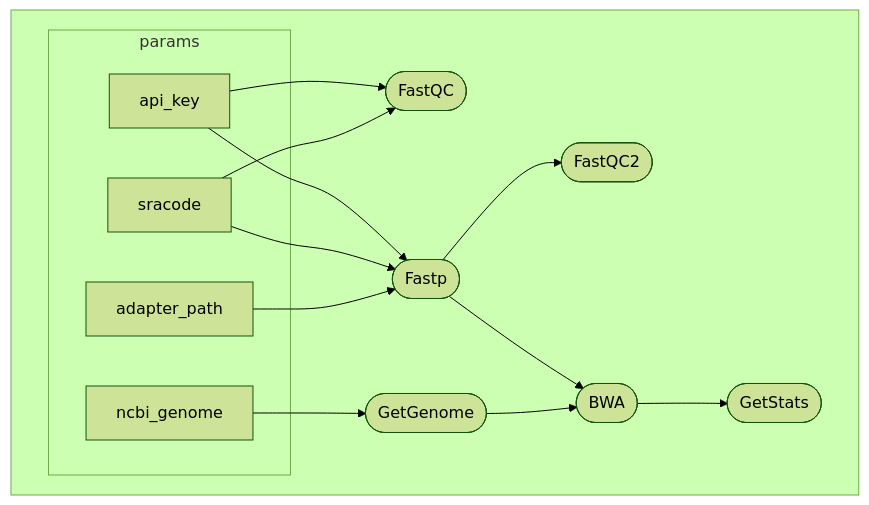
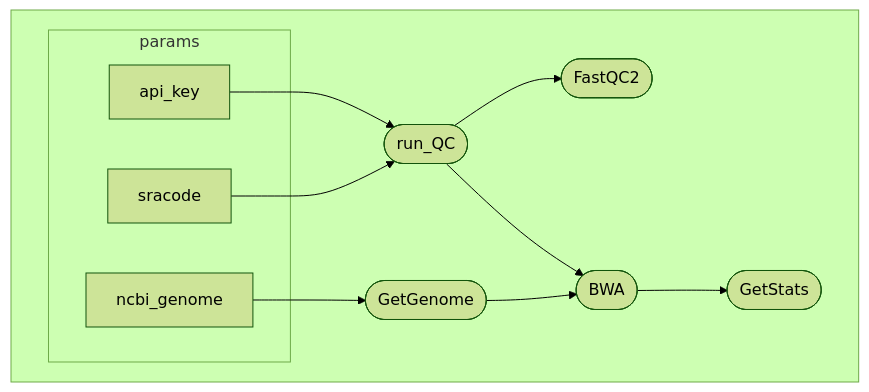
Before and after one commit to MHryc/singularity_streptococcus: the second of 2 diagrams in README.md, drawn with Mermaid (forest theme). The commit also changed other lines of this file and 3 other files, not shown here.

````diff
--- a/README.md
+++ b/README.md
@@ -22,27 +43,22 @@
 ```mermaid
 flowchart TB
     subgraph " "
     subgraph params
     v0["api_key"]
     v1["sracode"]
-    v7["ncbi_genome"]
-    v4["adapter_path"]
+    v5["ncbi_genome"]
     end
-    v3([FastQC])
-    v5([Fastp])
-    v6([FastQC2])
-    v8([GetGenome])
-    v9([BWA])
-    v10([GetStats])
+    v3([run_QC])
+    v4([FastQC2])
+    v6([GetGenome])
+    v7([BWA])
+    v8([GetStats])
     v0 --> v3
     v1 --> v3
-    v0 --> v5
-    v1 --> v5
-    v4 --> v5
+    v3 --> v4
     v5 --> v6
+    v3 --> v7
+    v6 --> v7
     v7 --> v8
-    v5 --> v9
-    v8 --> v9
-    v9 --> v10
     end
 ```
````
